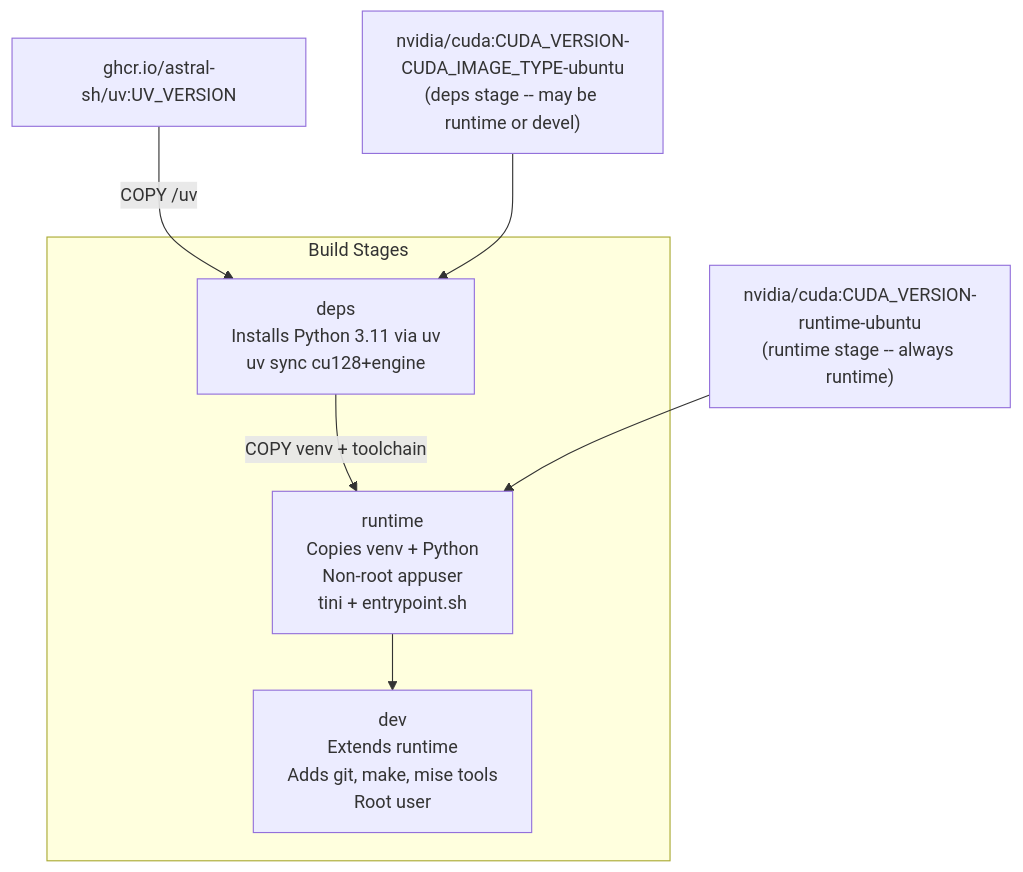
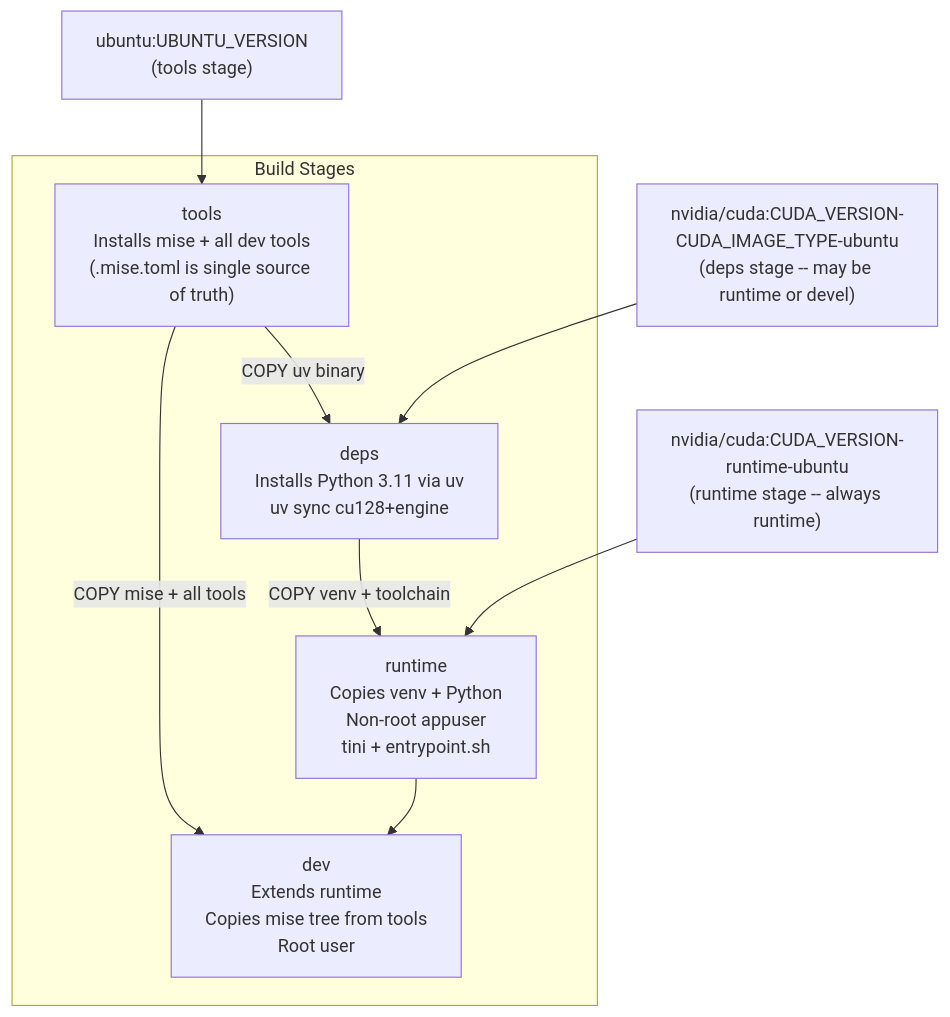
One commit to NVIDIA-NeMo/Safe-Synthesizer changed the diagram in docs/developer-guide/docker.md. Above: the diagram before and after it, drawn with Mermaid. The commit also changed other lines of this file and 1 other file, not shown here.

Commit message:
build: restructure container build for mise

````diff
--- a/docs/developer-guide/docker.md
+++ b/docs/developer-guide/docker.md
@@ -19,18 +19,21 @@
 ```mermaid
 flowchart TD
-    uvImage["ghcr.io/astral-sh/uv:UV_VERSION"]
+    ubuntuBase["ubuntu:UBUNTU_VERSION\n(tools stage)"]
     cudaBuild["nvidia/cuda:CUDA_VERSION-CUDA_IMAGE_TYPE-ubuntu\n(deps stage -- may be runtime or devel)"]
     cudaRuntime["nvidia/cuda:CUDA_VERSION-runtime-ubuntu\n(runtime stage -- always runtime)"]
 
     subgraph stages [Build Stages]
+        tools["tools\nInstalls mise + all dev tools\n(.mise.toml is single source of truth)"]
         deps["deps\nInstalls Python 3.11 via uv\nuv sync cu128+engine"]
         runtime["runtime\nCopies venv + Python\nNon-root appuser\ntini + entrypoint.sh"]
-        dev["dev\nExtends runtime\nAdds git, make, mise tools\nRoot user"]
+        dev["dev\nExtends runtime\nCopies mise tree from tools\nRoot user"]
     end
 
-    uvImage -->|"COPY /uv"| deps
+    ubuntuBase --> tools
+    tools -->|"COPY uv binary"| deps
     cudaBuild --> deps
     deps -->|"COPY venv + toolchain"| runtime
     cudaRuntime --> runtime
     runtime --> dev
+    tools -->|"COPY mise + all tools"| dev
 ```
````
